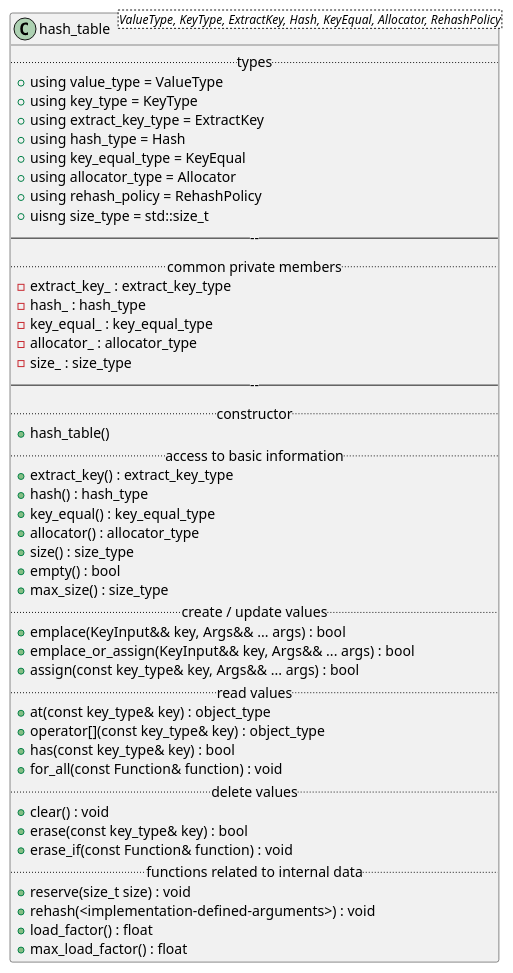
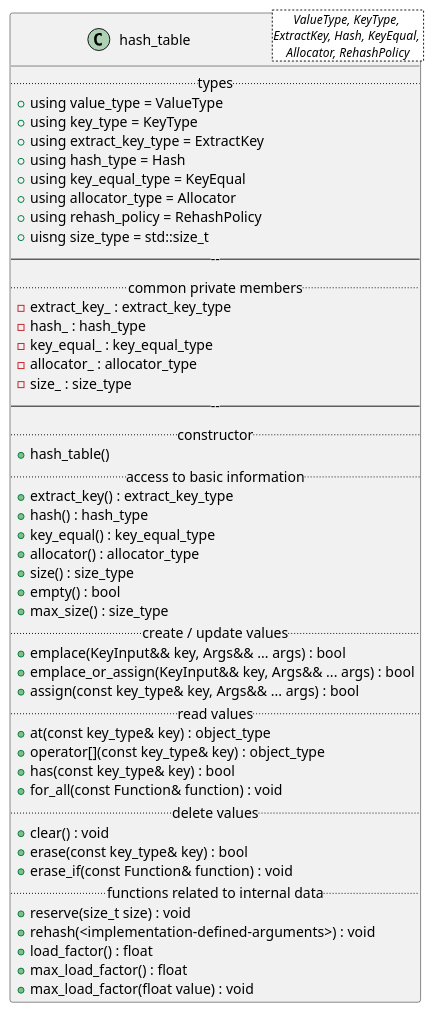
The diagram in doc/sphinx/src/design/class_diagrams/full_hash_table.puml (MusicScience37/cpp-hash-tables), drawn with PlantUML before and after one commit.

Commit message:
:books: Tune class diagram.

```diff
--- a/doc/sphinx/src/design/class_diagrams/full_hash_table.puml
+++ b/doc/sphinx/src/design/class_diagrams/full_hash_table.puml
@@ -1,51 +1,52 @@
 @startuml FullHashTable
 
-class hash_table<ValueType, KeyType, ExtractKey, Hash, KeyEqual, Allocator, RehashPolicy> {
+class hash_table<ValueType, KeyType, \nExtractKey, Hash, KeyEqual, \nAllocator, RehashPolicy> {
     .. types ..
     + using value_type = ValueType
     + using key_type = KeyType
     + using extract_key_type = ExtractKey
     + using hash_type = Hash
     + using key_equal_type = KeyEqual
     + using allocator_type = Allocator
     + using rehash_policy = RehashPolicy
     + uisng size_type = std::size_t
     ------
     .. common private members ..
     - extract_key_ : extract_key_type
     - hash_ : hash_type
     - key_equal_ : key_equal_type
     - allocator_ : allocator_type
     - size_ : size_type
     ------
     .. constructor ..
     + hash_table()
     .. access to basic information ..
     + extract_key() : extract_key_type
     + hash() : hash_type
     + key_equal() : key_equal_type
     + allocator() : allocator_type
     + size() : size_type
     + empty() : bool
     + max_size() : size_type
     .. create / update values ..
     + emplace(KeyInput&& key, Args&& ... args) : bool
     + emplace_or_assign(KeyInput&& key, Args&& ... args) : bool
     + assign(const key_type& key, Args&& ... args) : bool
     .. read values ..
     + at(const key_type& key) : object_type
     + operator[](const key_type& key) : object_type
     + has(const key_type& key) : bool
     + for_all(const Function& function) : void
     .. delete values ..
     + clear() : void
     + erase(const key_type& key) : bool
     + erase_if(const Function& function) : void
     .. functions related to internal data ..
     + reserve(size_t size) : void
     + rehash(<implementation-defined-arguments>) : void
     + load_factor() : float
     + max_load_factor() : float
+    + max_load_factor(float value) : void
 }
 
 @enduml
```
